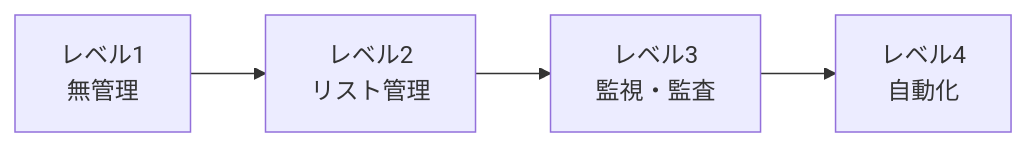
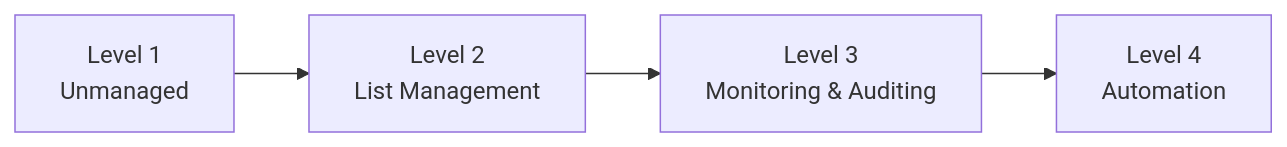
Before and after one commit to shuji-bonji/ai-agent-architecture: the sixth of 6 diagrams in docs/mcp/security.md, drawn with Mermaid. The commit also changed other lines of this file and 42 other files, not shown here.

````diff
--- a/docs/mcp/security.md
+++ b/docs/mcp/security.md
@@ -635,6 +637,6 @@
 ```mermaid
 graph LR
-    L1[レベル1<br/>無管理] --> L2[レベル2<br/>リスト管理]
-    L2 --> L3[レベル3<br/>監視・監査]
-    L3 --> L4[レベル4<br/>自動化]
+    L1[Level 1<br/>Unmanaged] --> L2[Level 2<br/>List Management]
+    L2 --> L3[Level 3<br/>Monitoring & Auditing]
+    L3 --> L4[Level 4<br/>Automation]
 ```
````
